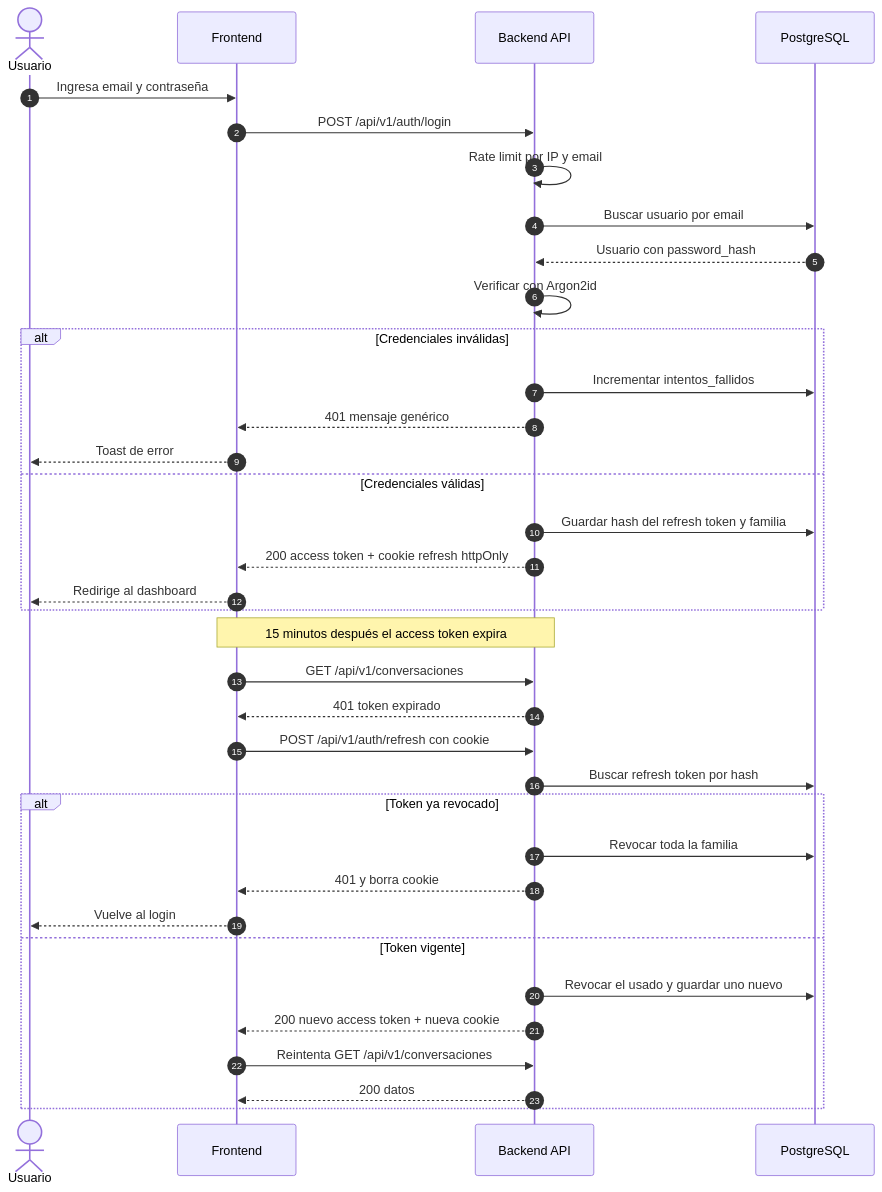
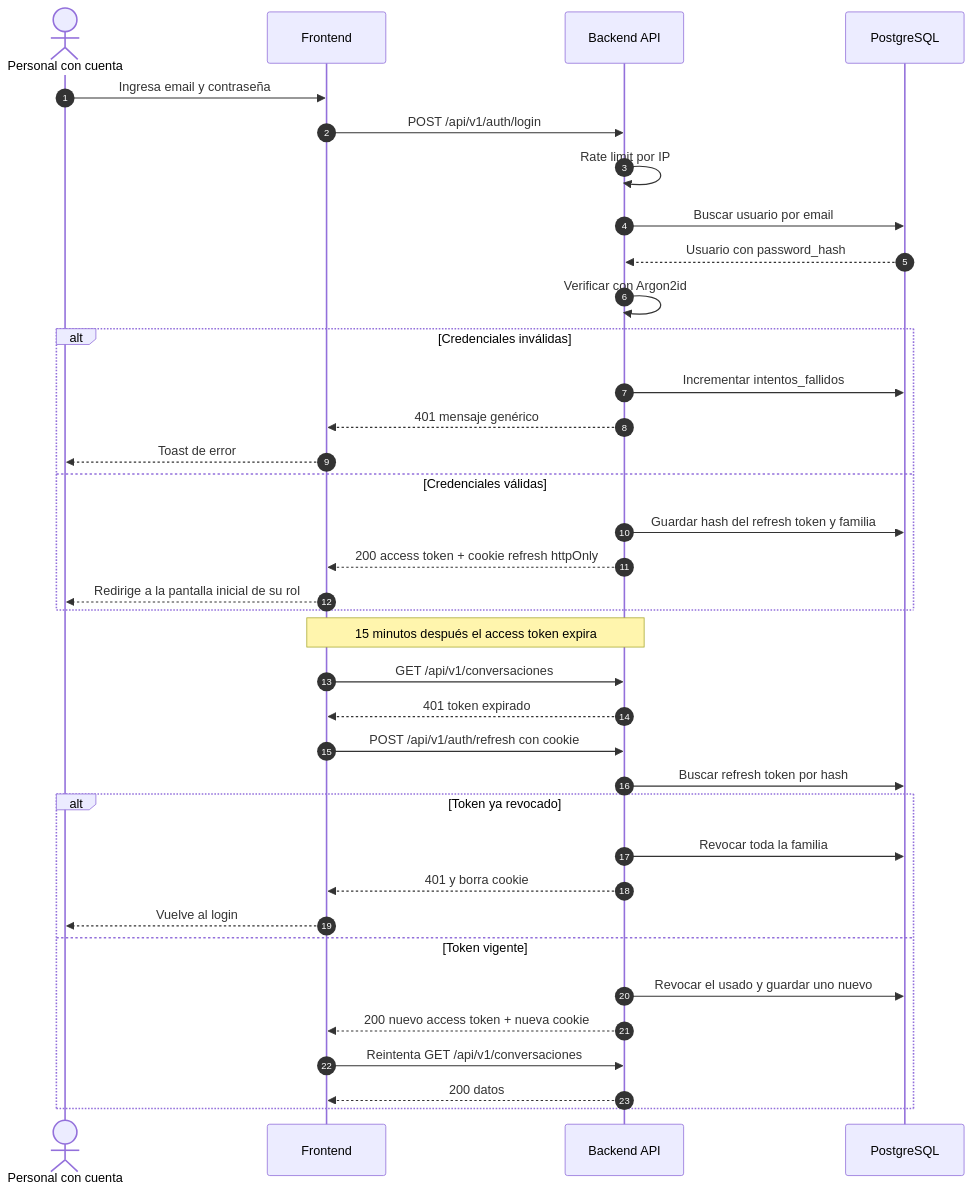
The diagram in docs/02-uml/secuencias/01-login-refresh.md (GerardoGM14/app-tesis-chatbot), drawn with Mermaid before and after one commit. The commit also changed other lines of this file and 28 other files, not shown here.

Commit message:
docs: casos de uso, secuencias y modelo de datos con personal con cuenta

````diff
--- a/docs/02-uml/secuencias/01-login-refresh.md
+++ b/docs/02-uml/secuencias/01-login-refresh.md
@@ -5,41 +7,41 @@
 ```mermaid
 sequenceDiagram
   autonumber
-  actor U as Usuario
+  actor U as Personal con cuenta
   participant W as Frontend
   participant A as Backend API
   participant D as PostgreSQL
 
   U->>W: Ingresa email y contraseña
   W->>A: POST /api/v1/auth/login
-  A->>A: Rate limit por IP y email
+  A->>A: Rate limit por IP
   A->>D: Buscar usuario por email
   D-->>A: Usuario con password_hash
   A->>A: Verificar con Argon2id
   alt Credenciales inválidas
     A->>D: Incrementar intentos_fallidos
     A-->>W: 401 mensaje genérico
     W-->>U: Toast de error
   else Credenciales válidas
     A->>D: Guardar hash del refresh token y familia
     A-->>W: 200 access token + cookie refresh httpOnly
-    W-->>U: Redirige al dashboard
+    W-->>U: Redirige a la pantalla inicial de su rol
   end
 
   Note over W,A: 15 minutos después el access token expira
 
   W->>A: GET /api/v1/conversaciones
   A-->>W: 401 token expirado
   W->>A: POST /api/v1/auth/refresh con cookie
   A->>D: Buscar refresh token por hash
   alt Token ya revocado
     A->>D: Revocar toda la familia
     A-->>W: 401 y borra cookie
     W-->>U: Vuelve al login
   else Token vigente
     A->>D: Revocar el usado y guardar uno nuevo
     A-->>W: 200 nuevo access token + nueva cookie
     W->>A: Reintenta GET /api/v1/conversaciones
     A-->>W: 200 datos
   end
 ```
````
